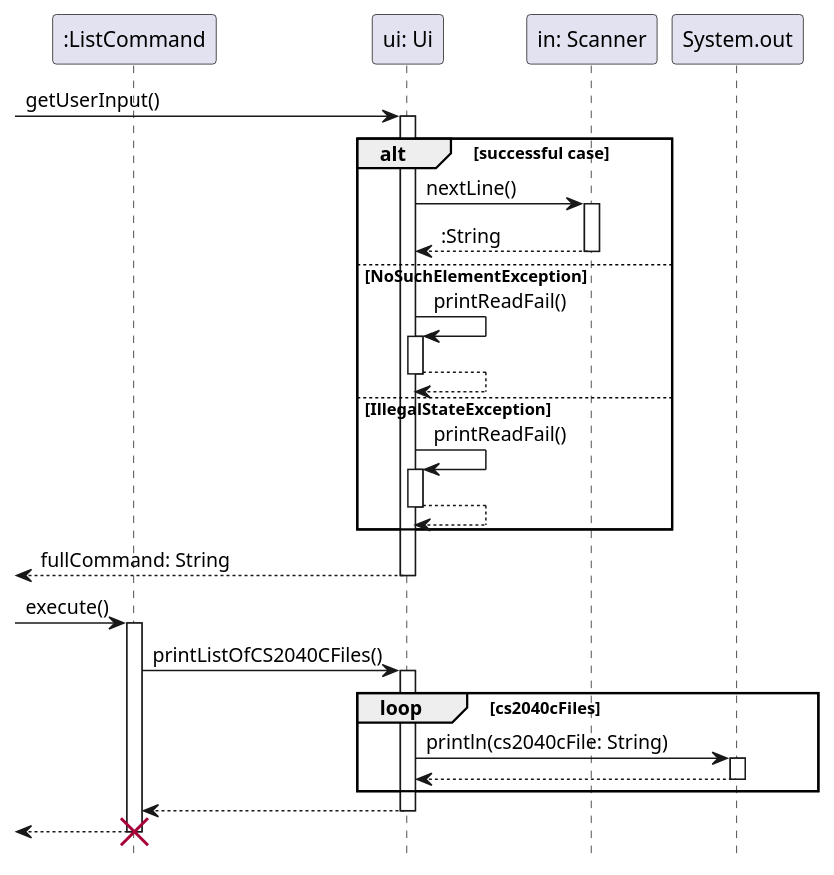
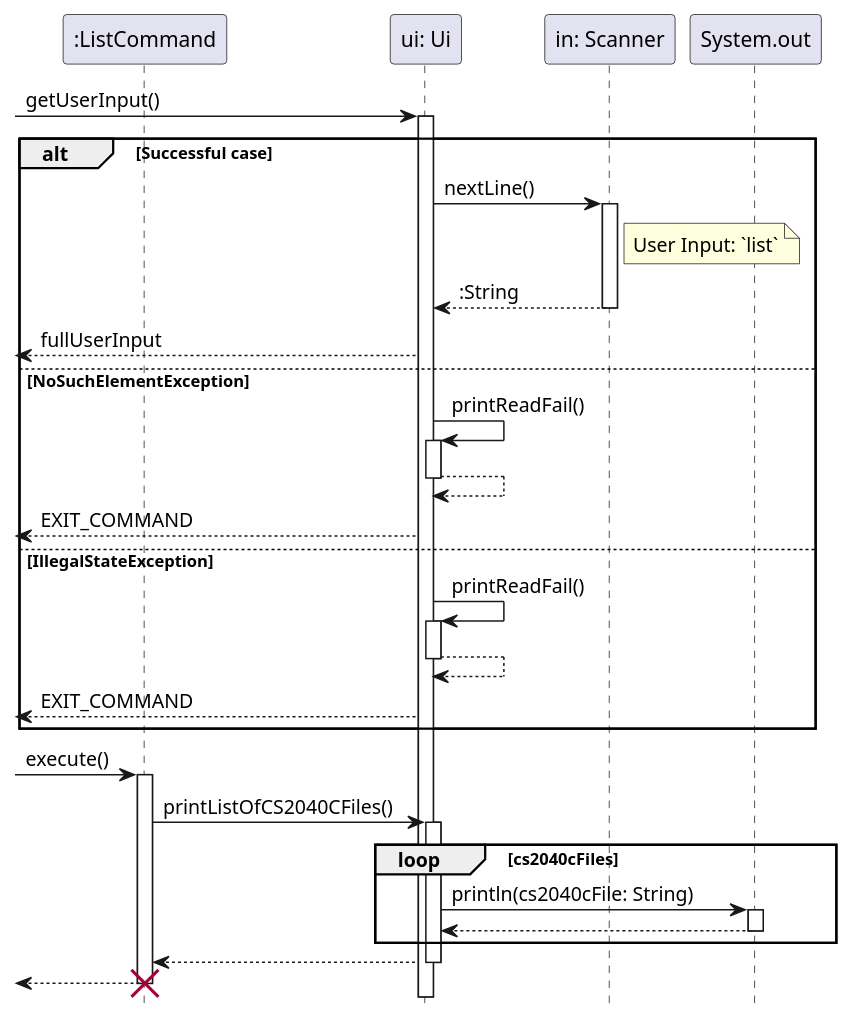
The diagram in docs/sequence-diagrams/source-files/Ui.puml (ong-ck/tp), drawn with PlantUML before and after one commit. The commit also changed 4 other files, not shown here.

Commit message:
Refactor Ui diagram to fit DG example

```diff
--- a/docs/sequence-diagrams/source-files/Ui.puml
+++ b/docs/sequence-diagrams/source-files/Ui.puml
@@ -1,40 +1,43 @@
 @startuml
 hide footbox
 
 participant ":ListCommand" as ListCommand
 participant "ui: Ui" as Ui
 participant "in: Scanner" as Scanner
 participant "System.out" as System
 
 -> Ui: getUserInput()
 activate Ui
-alt successful case
+alt Successful case
     Ui -> Scanner: nextLine()
     activate Scanner
+    note right of Scanner : User Input: `list`
     return :String
+    <-- Ui : fullUserInput
 else NoSuchElementException
     Ui -> Ui : printReadFail()
     activate Ui
     return
+    <-- Ui : EXIT_COMMAND
 else IllegalStateException
     Ui -> Ui : printReadFail()
     activate Ui
     return
+    <-- Ui : EXIT_COMMAND
 end
-return fullCommand: String
 
 -> ListCommand: execute()
 activate ListCommand
     ListCommand -> Ui: printListOfCS2040CFiles()
     activate Ui
         loop cs2040cFiles
             Ui -> System: println(cs2040cFile: String)
             activate System
             return
         end
     return
 return
 
 destroy ListCommand
 
 @enduml
```
